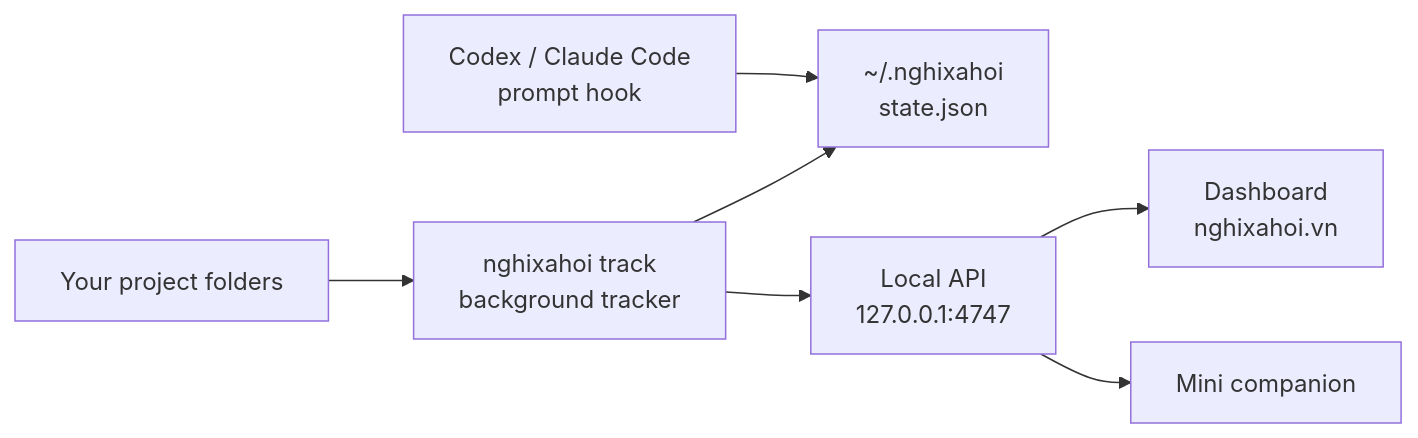
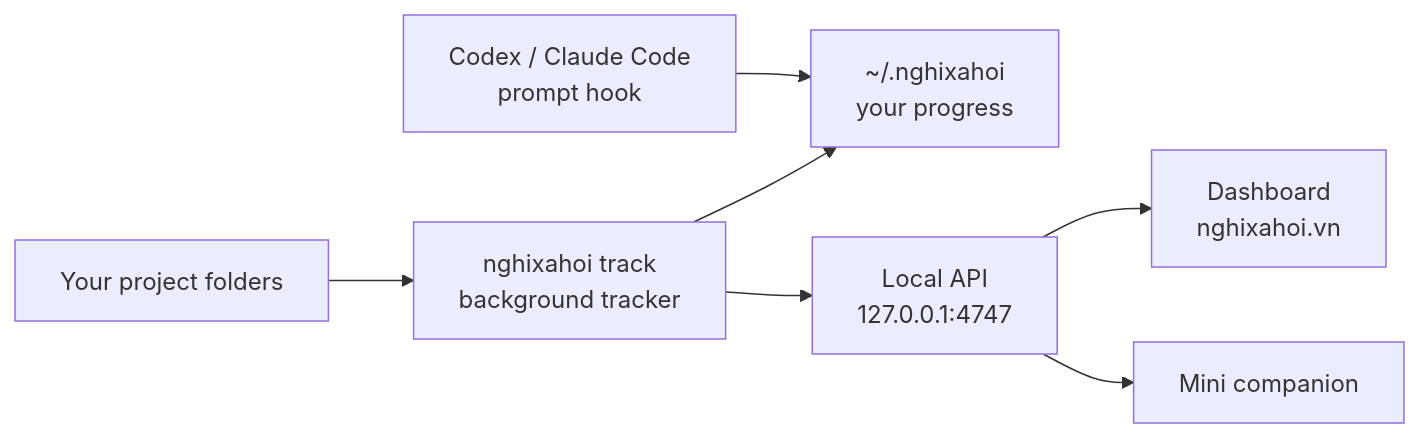
One commit to kitkatvn/nghixahoi changed the diagram in README.md. Above: the diagram before and after it, drawn with Mermaid. The commit also changed other lines of this file and 4 other files, not shown here.

````diff
--- a/README.md
+++ b/README.md
@@ -130,9 +130,9 @@
 ```mermaid
 flowchart LR
   F["Your project folders"] --> T["nghixahoi track<br/>background tracker"]
-  T --> S["~/.nghixahoi<br/>state.json"]
+  T --> S["~/.nghixahoi<br/>your progress"]
   T --> A["Local API<br/>127.0.0.1:4747"]
   A --> D["Dashboard<br/>nghixahoi.vn"]
   A --> M["Mini companion"]
   H["Codex / Claude Code<br/>prompt hook"] --> S
 ```
````
